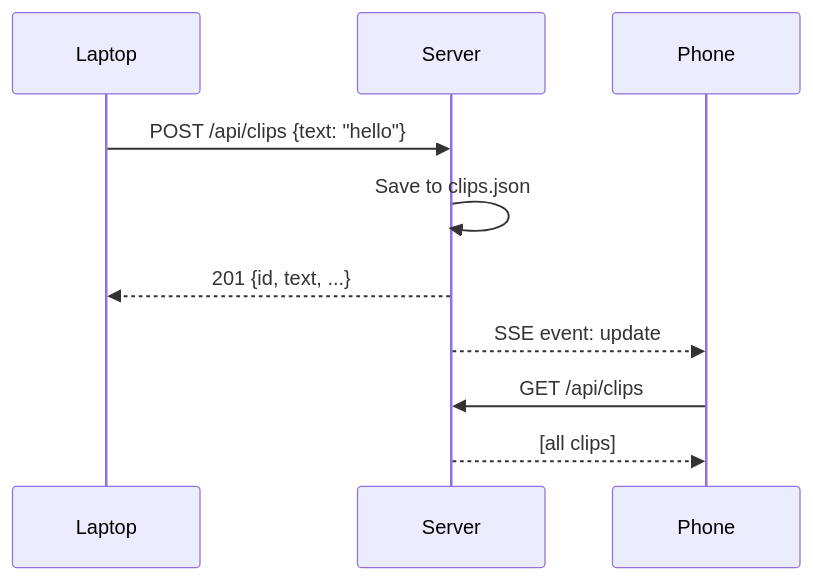
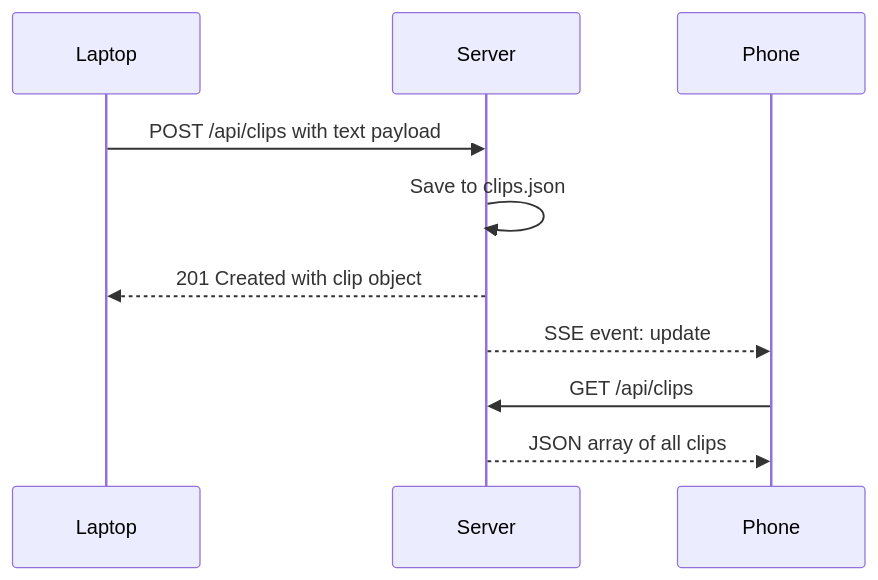
The fourth of 5 diagrams in README.md (JoaquinSantarcangelo/clipbox), drawn with Mermaid before and after one commit. The commit also changed other lines of this file, not shown here.

First line of the commit message:
Fix broken mermaid sequence diagrams in README

````diff
--- a/README.md
+++ b/README.md
@@ -495,13 +494,13 @@
 ```mermaid
 sequenceDiagram
     participant Laptop
     participant Server
     participant Phone
 
-    Laptop->>Server: POST /api/clips {text: "hello"}
+    Laptop->>Server: POST /api/clips with text payload
     Server->>Server: Save to clips.json
-    Server-->>Laptop: 201 {id, text, ...}
+    Server-->>Laptop: 201 Created with clip object
     Server-->>Phone: SSE event: update
     Phone->>Server: GET /api/clips
-    Server-->>Phone: [all clips]
+    Server-->>Phone: JSON array of all clips
 ```
````
